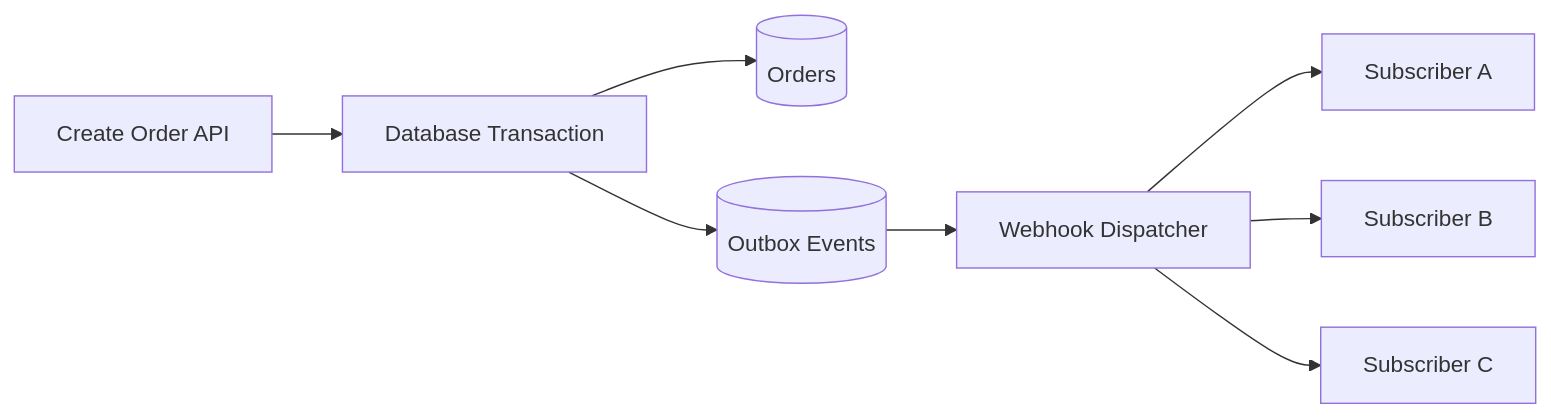
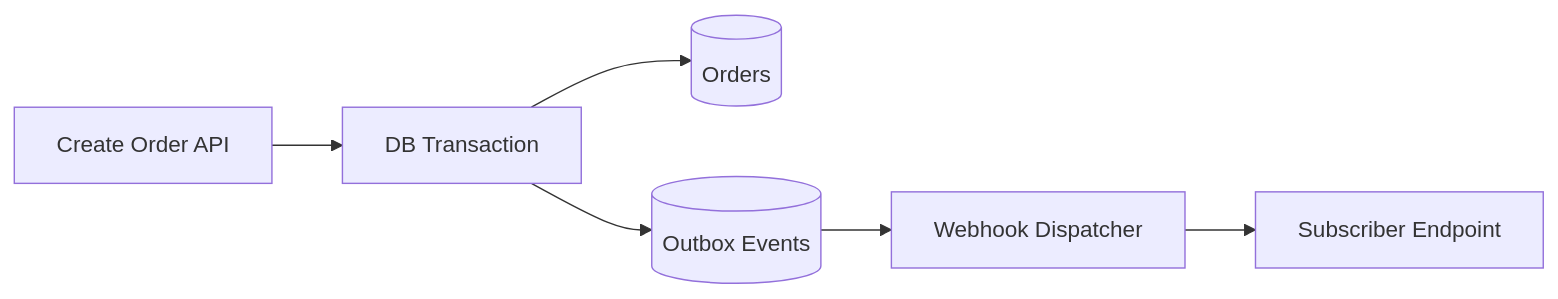
The fourth of 4 diagrams in src/content/api-design/webhooks.md (AvadhBhalodiya/Interview-Preparation), drawn with Mermaid before and after one commit. The commit also changed other lines of this file and 54 other files, not shown here.

````diff
--- a/src/content/api-design/webhooks.md
+++ b/src/content/api-design/webhooks.md
@@ -1078,10 +578,8 @@
 ```mermaid
 flowchart LR
-    A[Create Order API] --> T[Database Transaction]
+    A[Create Order API] --> T[DB Transaction]
     T --> O[(Orders)]
     T --> E[(Outbox Events)]
     E --> D[Webhook Dispatcher]
-    D --> S1[Subscriber A]
-    D --> S2[Subscriber B]
-    D --> S3[Subscriber C]
+    D --> S[Subscriber Endpoint]
 ```
````
